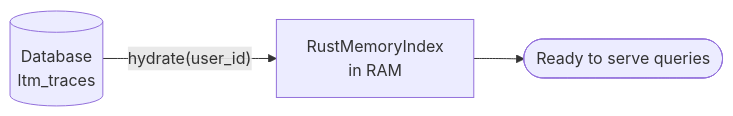
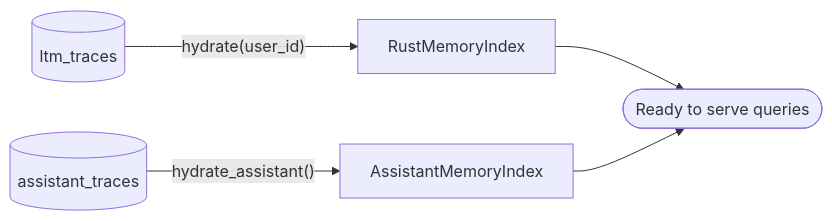
Before and after one commit to Magic-Man-us/MemoryCore: the second of 5 diagrams in docs/architecture.md, drawn with Mermaid. The commit also changed other lines of this file and 37 other files, not shown here.

````diff
--- a/docs/architecture.md
+++ b/docs/architecture.md
@@ -29,5 +30,7 @@
 ```mermaid
 flowchart LR
-    DB[(Database<br>ltm_traces)] -->|"hydrate(user_id)"| Rust[RustMemoryIndex<br>in RAM]
+    DB[(ltm_traces)] -->|"hydrate(user_id)"| Rust[RustMemoryIndex]
+    ADB[(assistant_traces)] -->|"hydrate_assistant()"| SMK[AssistantMemoryIndex]
     Rust --> Ready([Ready to serve queries])
+    SMK --> Ready
 ```
````
